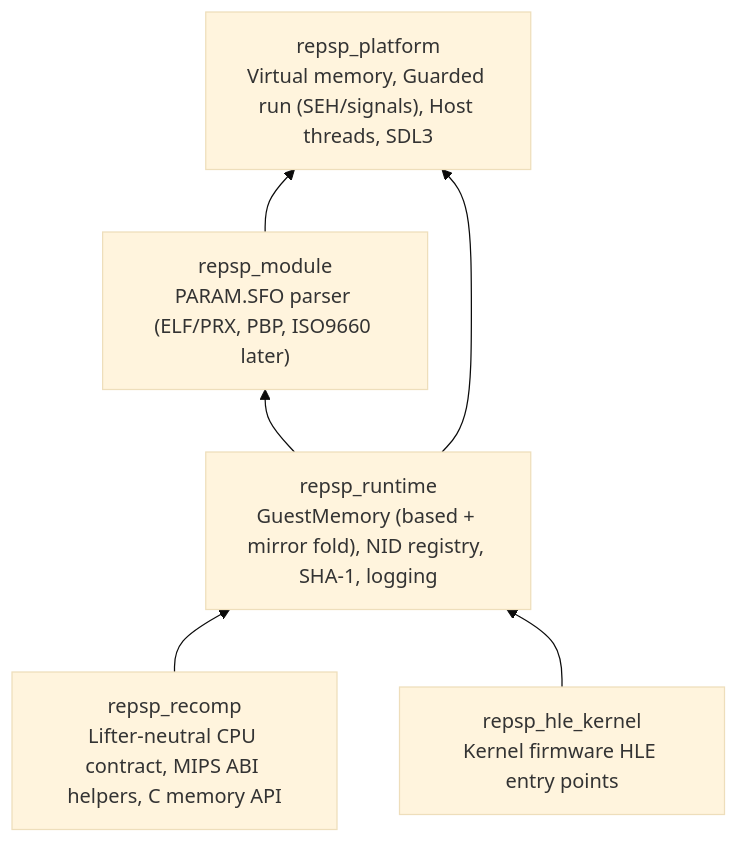
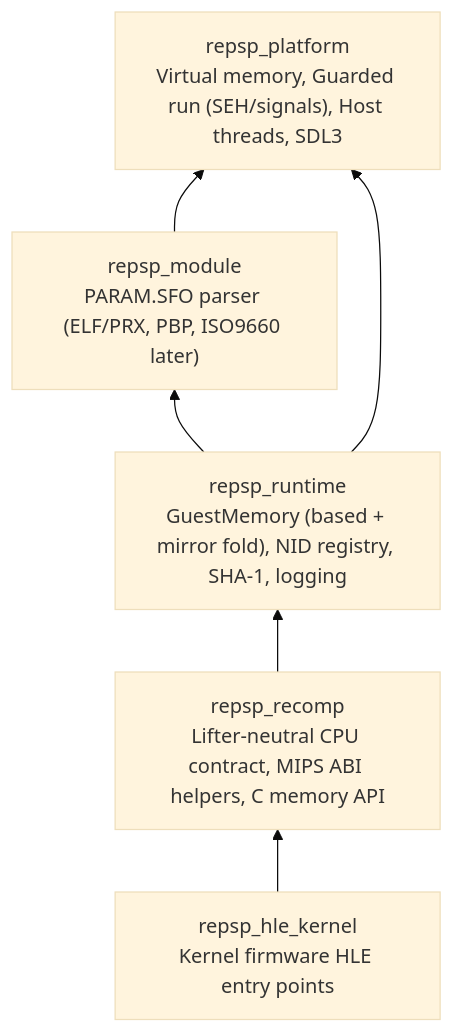
One commit to reexec/repsp changed the diagram in ARCHITECTURE.md. Above: the diagram before and after it, drawn with Mermaid (base theme). The commit also changed other lines of this file and 44 other files, not shown here.

````diff
--- a/ARCHITECTURE.md
+++ b/ARCHITECTURE.md
@@ -11,14 +11,14 @@
 ```mermaid
 flowchart BT
     PLAT["repsp_platform<br/>Virtual memory, Guarded run (SEH/signals), Host threads, SDL3"]
     MOD["repsp_module<br/>PARAM.SFO parser (ELF/PRX, PBP, ISO9660 later)"]
     RT["repsp_runtime<br/>GuestMemory (based + mirror fold), NID registry, SHA-1, logging"]
     REC["repsp_recomp<br/>Lifter-neutral CPU contract, MIPS ABI helpers, C memory API"]
     HLE["repsp_hle_kernel<br/>Kernel firmware HLE entry points"]
 
     MOD --> PLAT
     RT --> MOD
     RT --> PLAT
     REC --> RT
-    HLE --> RT
+    HLE --> REC
 ```
````
